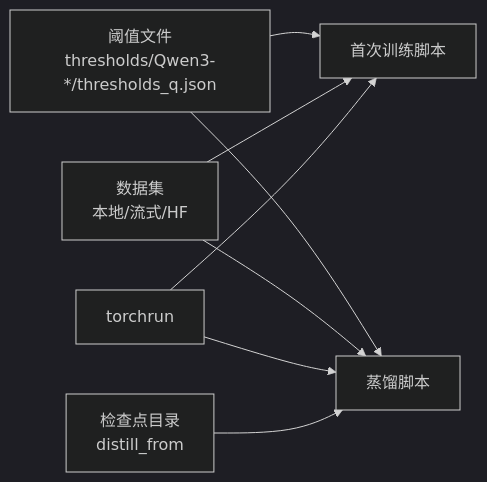
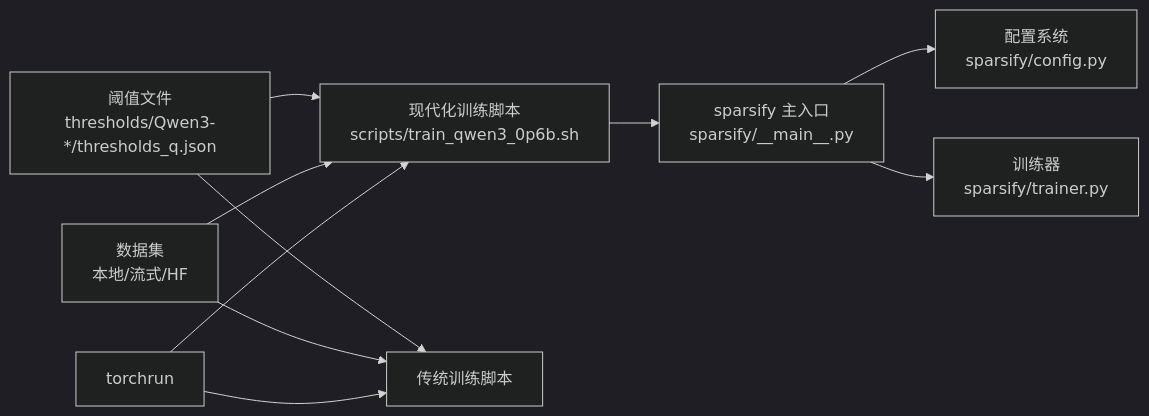
One commit to duanzhaol/sparsify changed the third of 3 diagrams in .qoder/repowiki/zh/content/命令行工具/训练脚本模板.md. Above: the diagram before and after it, drawn with Mermaid (dark theme). The commit also changed other lines of this file and 3 other files, not shown here.

````diff
--- a/.qoder/repowiki/zh/content/命令行工具/训练脚本模板.md
+++ b/.qoder/repowiki/zh/content/命令行工具/训练脚本模板.md
@@ -248,10 +269,12 @@
 ```mermaid
 graph LR
-TH["阈值文件<br/>thresholds/Qwen3-*/thresholds_q.json"] --> FT["首次训练脚本"]
-TH --> DI["蒸馏脚本"]
-DS["数据集<br/>本地/流式/HF"] --> FT
-DS --> DI
-TOR["torchrun"] --> FT
-TOR --> DI
-CK["检查点目录<br/>distill_from"] --> DI
+MS["现代化训练脚本<br/>scripts/train_qwen3_0p6b.sh"] --> SP["sparsify 主入口<br/>sparsify/__main__.py"]
+SP --> CFG["配置系统<br/>sparsify/config.py"]
+SP --> TR["训练器<br/>sparsify/trainer.py"]
+TH["阈值文件<br/>thresholds/Qwen3-*/thresholds_q.json"] --> MS
+TH --> FT["传统训练脚本"]
+DS["数据集<br/>本地/流式/HF"] --> MS
+DS --> FT
+TOR["torchrun"] --> MS
+TOR --> FT
 ```
````
